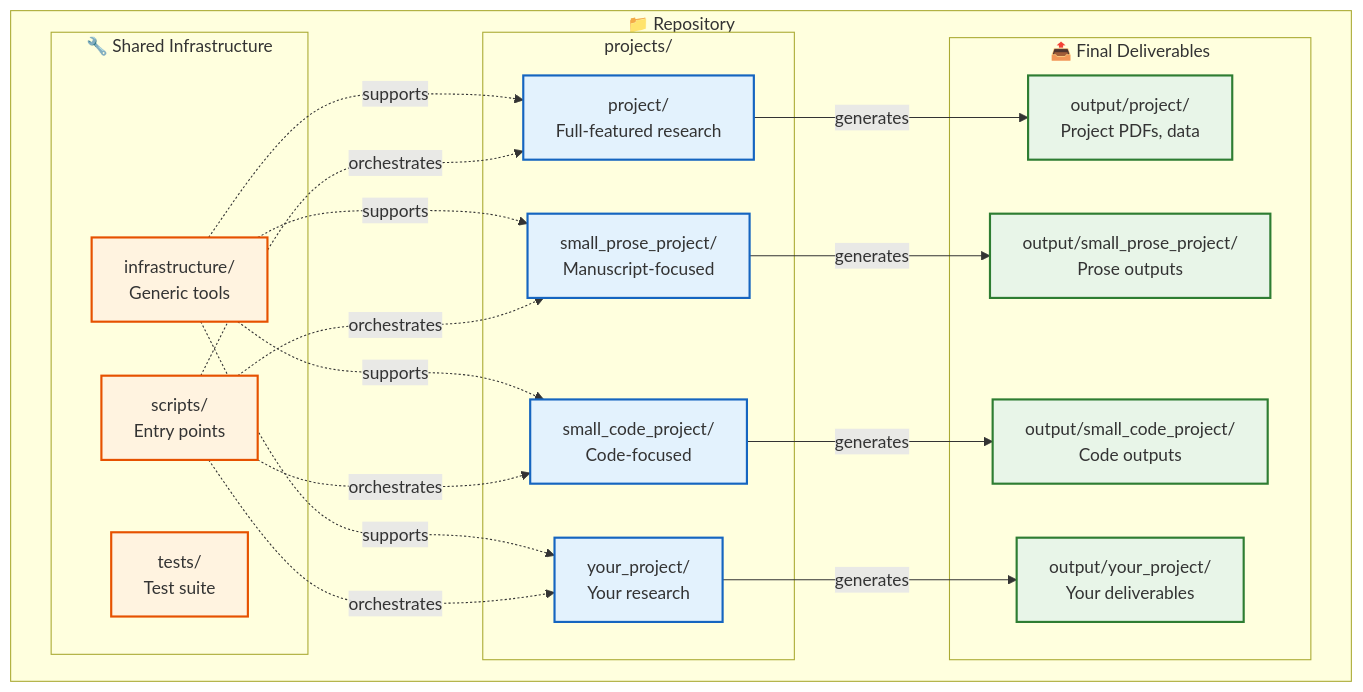
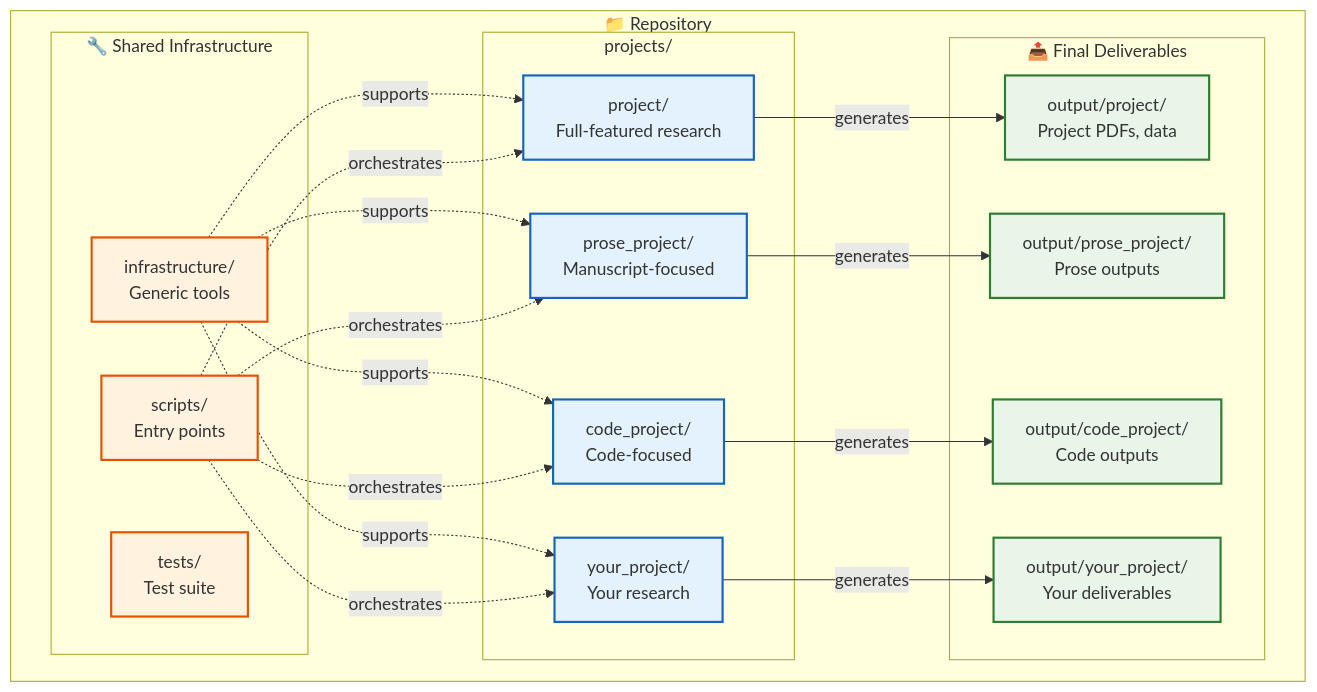
The third of 14 diagrams in README.md (docxology/template), drawn with Mermaid before and after one commit. The commit also changed other lines of this file and 1497 other files, not shown here.

````diff
--- a/README.md
+++ b/README.md
@@ -233,47 +233,47 @@
 ```mermaid
 graph TB
     subgraph Repository["📁 Repository"]
         subgraph Projects["projects/"]
             P1[project/<br/>Full-featured research]
-            P2[small_prose_project/<br/>Manuscript-focused]
-            P3[small_code_project/<br/>Code-focused]
+            P2[prose_project/<br/>Manuscript-focused]
+            P3[code_project/<br/>Code-focused]
             PN[your_project/<br/>Your research]
         end
 
         subgraph Shared["🔧 Shared Infrastructure"]
             INFRA[infrastructure/<br/>Generic tools]
             SCRIPTS[scripts/<br/>Entry points]
             TESTS[tests/<br/>Test suite]
         end
 
         subgraph Output["📤 Final Deliverables"]
             OUT1[output/project/<br/>Project PDFs, data]
-            OUT2[output/small_prose_project/<br/>Prose outputs]
-            OUT3[output/small_code_project/<br/>Code outputs]
+            OUT2[output/prose_project/<br/>Prose outputs]
+            OUT3[output/code_project/<br/>Code outputs]
             OUTN[output/your_project/<br/>Your deliverables]
         end
     end
 
     P1 -->|generates| OUT1
     P2 -->|generates| OUT2
     P3 -->|generates| OUT3
     PN -->|generates| OUTN
 
     INFRA -.->|supports| P1
     INFRA -.->|supports| P2
     INFRA -.->|supports| P3
     INFRA -.->|supports| PN
 
     SCRIPTS -.->|orchestrates| P1
     SCRIPTS -.->|orchestrates| P2
     SCRIPTS -.->|orchestrates| P3
     SCRIPTS -.->|orchestrates| PN
 
     classDef project fill:#e3f2fd,stroke:#1565c0,stroke-width:2px
     classDef shared fill:#fff3e0,stroke:#e65100,stroke-width:2px
     classDef output fill:#e8f5e8,stroke:#2e7d32,stroke-width:2px
 
     class P1,P2,P3,PN project
     class INFRA,SCRIPTS,TESTS shared
     class OUT1,OUT2,OUT3,OUTN output
 ```
````
